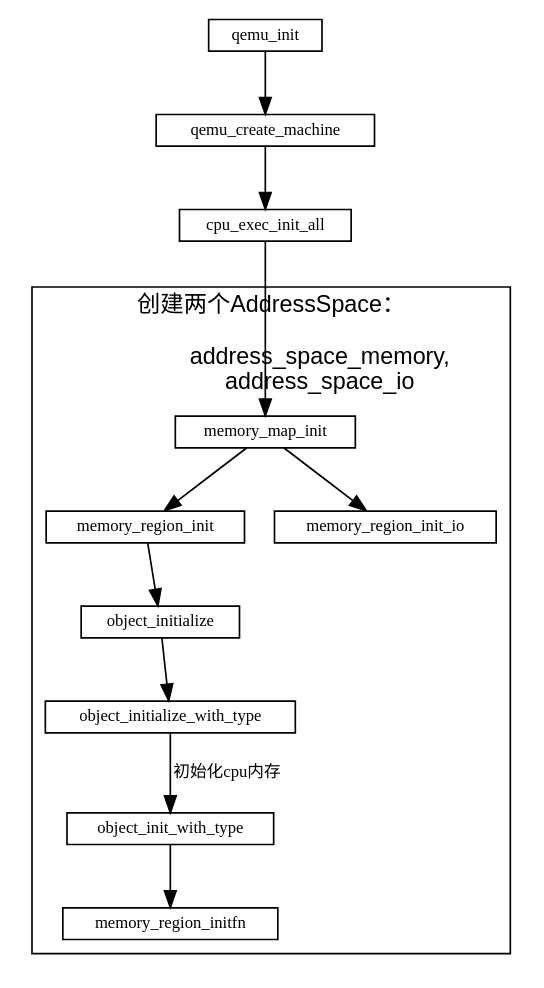
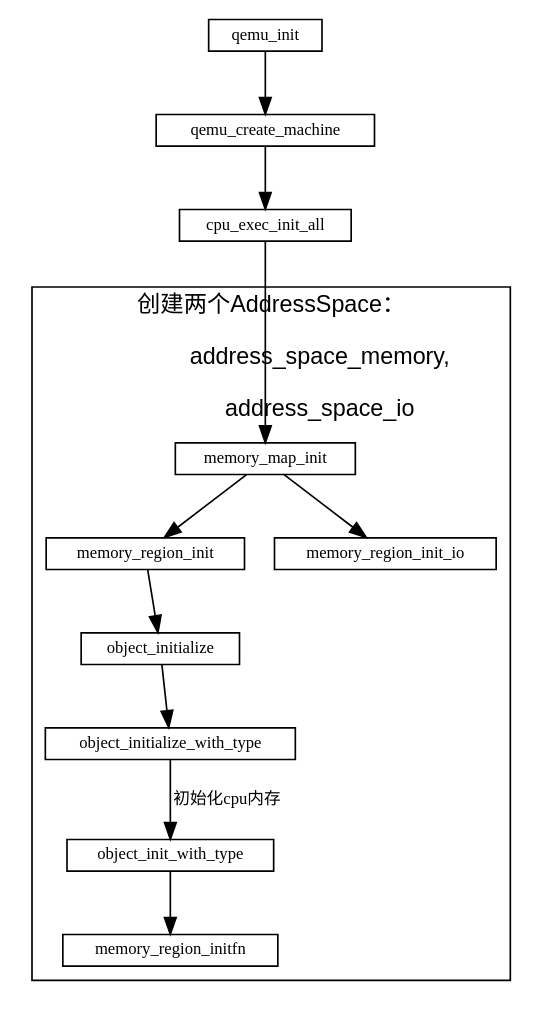
The diagram in qemu/qemu-kvm内存虚拟化.md (sisyphus1212/note), drawn with Graphviz before and after one commit.

Commit message:
auto_update

````diff
--- a/qemu/qemu-kvm内存虚拟化.md
+++ b/qemu/qemu-kvm内存虚拟化.md
@@ -10,31 +10,31 @@
 ```graphviz
 digraph {
     fontname="Helvetica,Arial,sans-serif"
     //node [fontname="Helvetica,Arial,sans-serif"]
     //edge [fontname="Helvetica,Arial,sans-serif"]
     //rankdir="LR"
     node [fontsize=10, shape=record, height=0.25]
     edge [fontsize=10]
     subgraph memory_map_init {
         label="创建两个AddressSpace：\n
-                address_space_memory,
+                address_space_memory,\n
                 address_space_io";
 
         cluster=true;
         memory_map_init
                 -> memory_region_init
                 -> object_initialize
                 -> object_initialize_with_type
                 object_initialize_with_type
                 -> object_init_with_type[label="初始化cpu内存"]
                 object_init_with_type
                 -> memory_region_initfn
               memory_map_init
                 -> memory_region_init_io
     }
 
     qemu_init -> qemu_create_machine
               -> cpu_exec_init_all
               -> memory_map_init
 }
 ```
````
